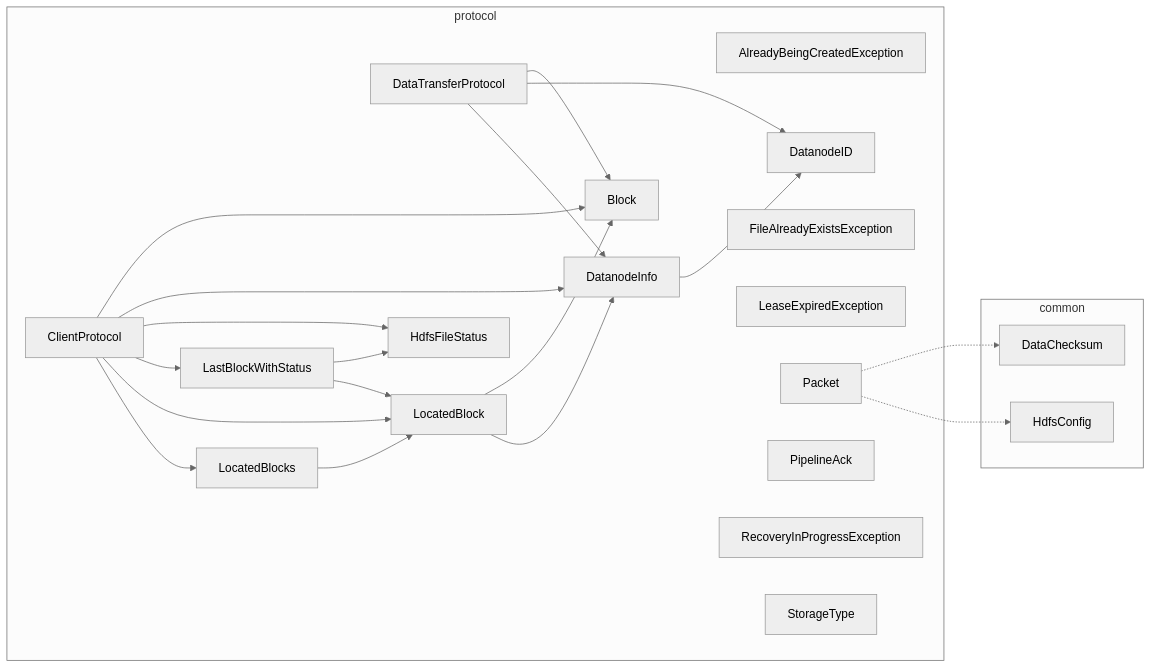
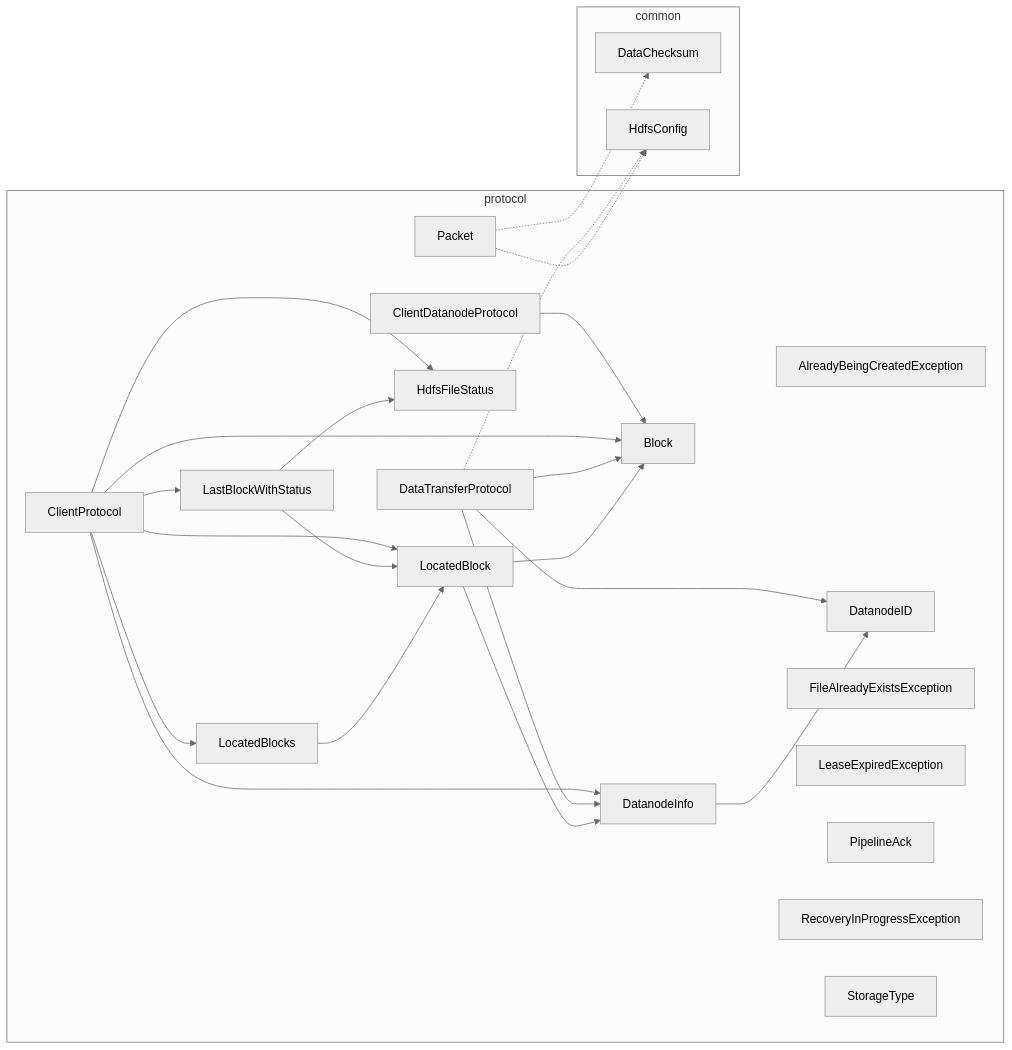
One commit to catothi/edudfs changed the fifth of 11 diagrams in docs/DEPENDENCIES.md. Above: the diagram before and after it, drawn with Mermaid (neutral theme). The commit also changed other lines of this file and 6 other files, not shown here.

First line of the commit message:
Docs: EduBase documentation, README section, dependency graphs

````diff
--- a/docs/DEPENDENCIES.md
+++ b/docs/DEPENDENCIES.md
@@ -280,42 +285,45 @@
 ```mermaid
 flowchart LR
     subgraph protocol_box["protocol"]
         protocol_AlreadyBeingCreatedException["AlreadyBeingCreatedException"]
         protocol_Block["Block"]
+        protocol_ClientDatanodeProtocol["ClientDatanodeProtocol"]
         protocol_ClientProtocol["ClientProtocol"]
         protocol_DataTransferProtocol["DataTransferProtocol"]
         protocol_DatanodeID["DatanodeID"]
         protocol_DatanodeInfo["DatanodeInfo"]
         protocol_FileAlreadyExistsException["FileAlreadyExistsException"]
         protocol_HdfsFileStatus["HdfsFileStatus"]
         protocol_LastBlockWithStatus["LastBlockWithStatus"]
         protocol_LeaseExpiredException["LeaseExpiredException"]
         protocol_LocatedBlock["LocatedBlock"]
         protocol_LocatedBlocks["LocatedBlocks"]
         protocol_Packet["Packet"]
         protocol_PipelineAck["PipelineAck"]
         protocol_RecoveryInProgressException["RecoveryInProgressException"]
         protocol_StorageType["StorageType"]
     end
     subgraph common_ext_protocol["common"]
         common_DataChecksum["DataChecksum"]
         common_HdfsConfig["HdfsConfig"]
     end
+    protocol_ClientDatanodeProtocol --> protocol_Block
     protocol_ClientProtocol --> protocol_Block
     protocol_ClientProtocol --> protocol_DatanodeInfo
     protocol_ClientProtocol --> protocol_HdfsFileStatus
     protocol_ClientProtocol --> protocol_LastBlockWithStatus
     protocol_ClientProtocol --> protocol_LocatedBlock
     protocol_ClientProtocol --> protocol_LocatedBlocks
+    protocol_DataTransferProtocol -.-> common_HdfsConfig
     protocol_DataTransferProtocol --> protocol_Block
     protocol_DataTransferProtocol --> protocol_DatanodeID
     protocol_DataTransferProtocol --> protocol_DatanodeInfo
     protocol_DatanodeInfo --> protocol_DatanodeID
     protocol_LastBlockWithStatus --> protocol_HdfsFileStatus
     protocol_LastBlockWithStatus --> protocol_LocatedBlock
     protocol_LocatedBlock --> protocol_Block
     protocol_LocatedBlock --> protocol_DatanodeInfo
     protocol_LocatedBlocks --> protocol_LocatedBlock
     protocol_Packet -.-> common_DataChecksum
     protocol_Packet -.-> common_HdfsConfig
 ```
````
